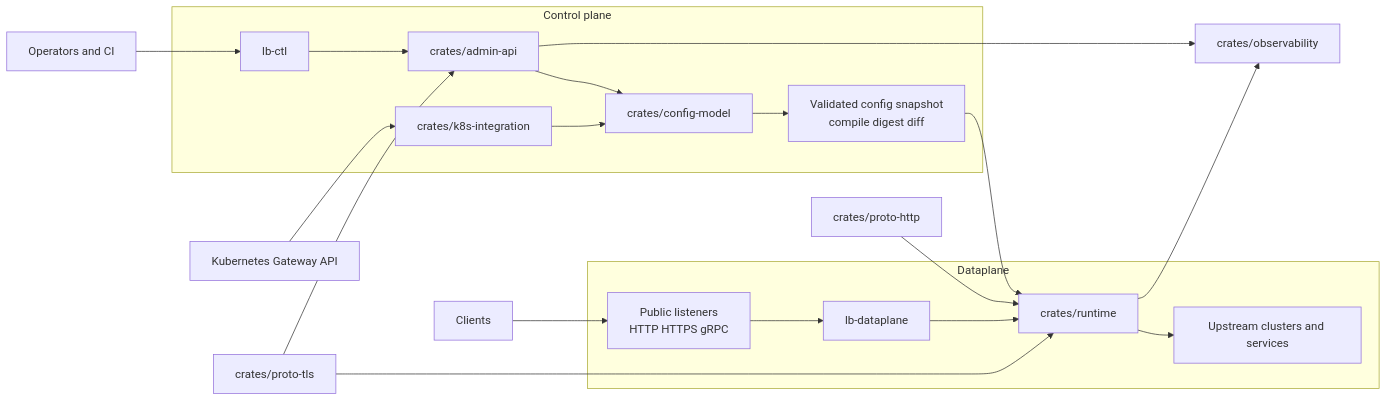
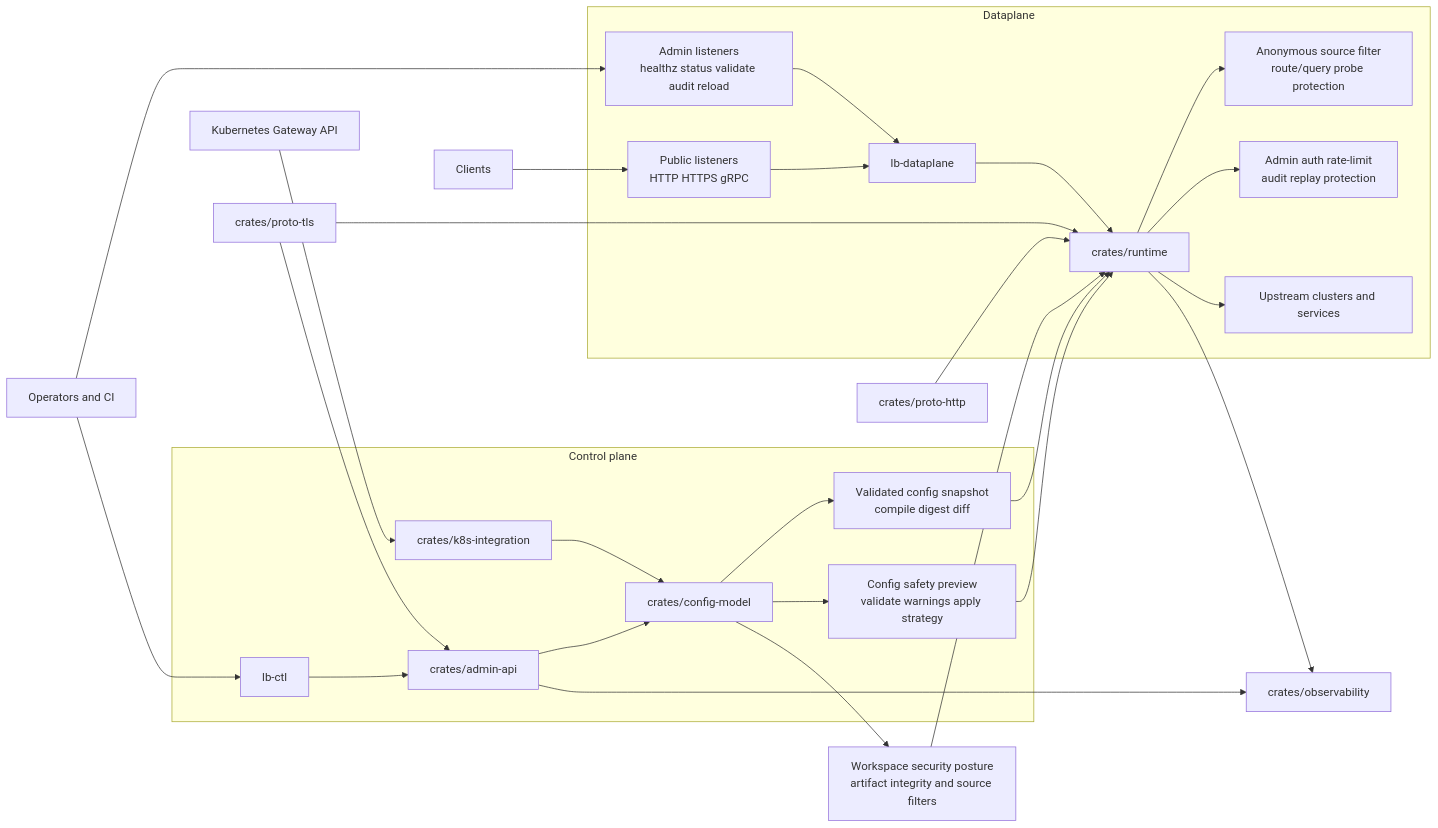
One commit to Lahutsin/way-balancer changed the diagram in README.md. Above: the diagram before and after it, drawn with Mermaid. The commit also changed other lines of this file and 75 other files, not shown here.

````diff
--- a/README.md
+++ b/README.md
@@ -34,30 +34,39 @@
 ```mermaid
 flowchart LR
 	user[Clients] --> public[Public listeners\nHTTP HTTPS gRPC]
-	operator[Operators and CI] --> ctl[lb-ctl]
+	operator[Operators and CI] --> admin[Admin listeners\nhealthz status validate audit reload]
+	operator --> ctl[lb-ctl]
 	k8s[Kubernetes Gateway API] --> k8s_integration[crates/k8s-integration]
 
 	subgraph ControlPlane[Control plane]
 		ctl --> admin_api[crates/admin-api]
 		k8s_integration --> config_model[crates/config-model]
 		admin_api --> config_model
 		config_model --> snapshot[Validated config snapshot\ncompile digest diff]
+		config_model --> safety[Config safety preview\nvalidate warnings apply strategy]
 	end
 
 	subgraph DataPlane[Dataplane]
 		dataplane[lb-dataplane] --> runtime[crates/runtime]
 		public --> dataplane
+		admin --> dataplane
+		runtime --> edge_protection[Anonymous source filter\nroute/query probe protection]
+		runtime --> admin_hardening[Admin auth rate-limit\naudit replay protection]
 		runtime --> upstreams[Upstream clusters and services]
 		snapshot --> runtime
+		safety --> runtime
 	end
 
 	proto_http[crates/proto-http]
 	proto_tls[crates/proto-tls]
 	observability[crates/observability]
+	security_cfg[Workspace security posture\nartifact integrity and source filters]
 
 	proto_http --> runtime
 	proto_tls --> runtime
 	proto_tls --> admin_api
+	config_model --> security_cfg
+	security_cfg --> runtime
 	runtime --> observability
 	admin_api --> observability
 ```
````
